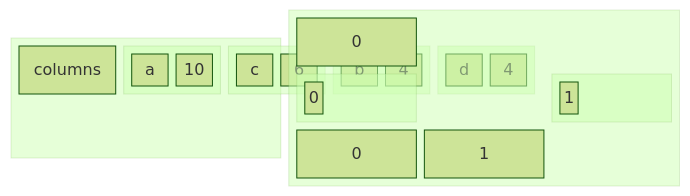
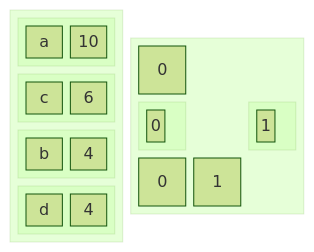
The ninth of 9 diagrams in Assuntos/compressao.md (BenhurUFSM/pod26b), drawn with Mermaid (forest theme) before and after one commit. The commit also changed other lines of this file, not shown here.

````diff
--- a/Assuntos/compressao.md
+++ b/Assuntos/compressao.md
@@ -210,37 +210,37 @@
 ```mermaid
 block
   columns 5
   block:b0:2
-    columns:2
+    columns 2
     block:b1:2
       columns 2
       c1["a"] v1["10"]
     end
     block:b2:2
       columns 2
       c2["c"] v2["6"]
     end
     block:b3:2
       columns 2
       c3["b"] v3["4"]
     end
     block:b4:2
       columns 2
       c4["d"] v4["4"]
     end
   end
 
   block:b10:3
     columns 3
     d0["0"] space:2
     block:b11:1
       d11["1"]
     end
     d11["0"] space
     block:b21:1
       d210["1"]
     end
     d31["0"]
     d32["1"]
   end
 ```
````
